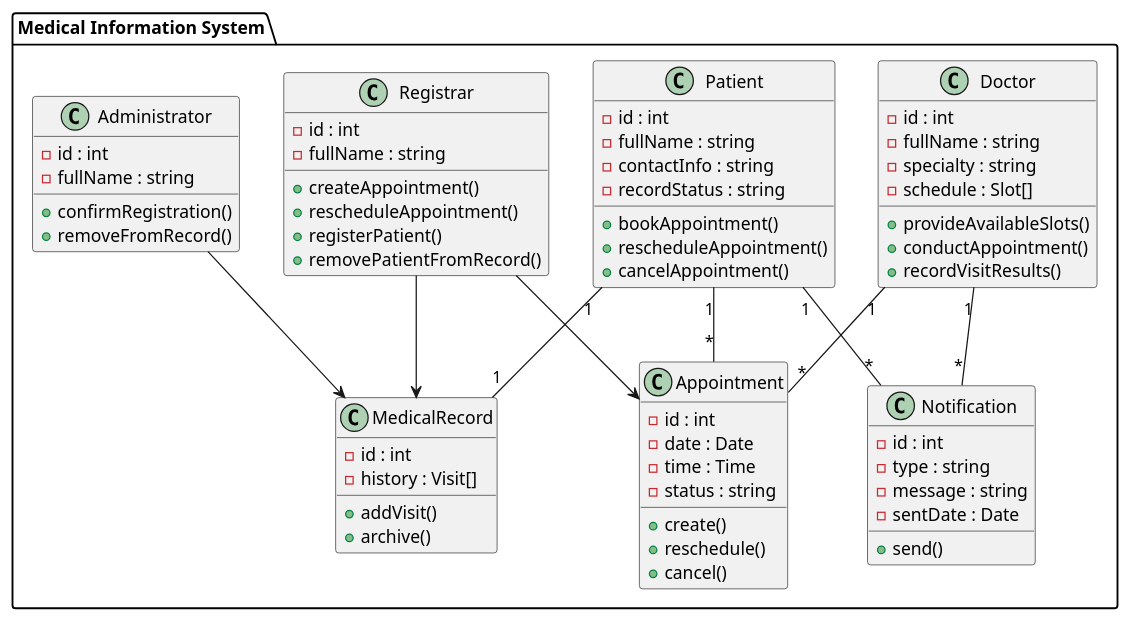
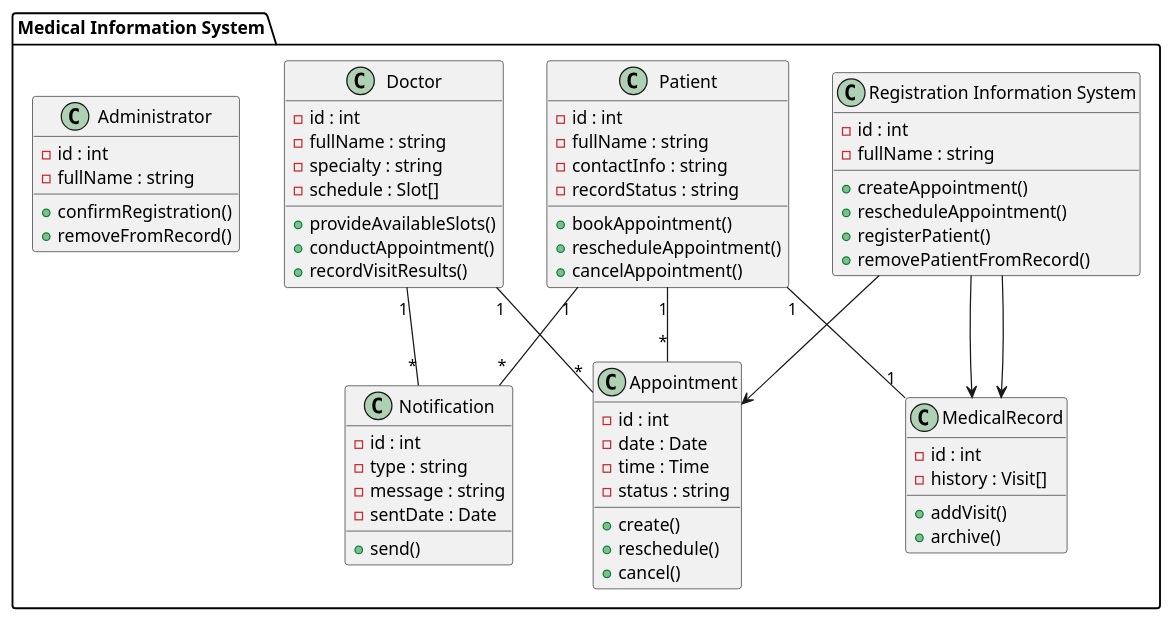
One commit to penamarth/bsbo-13-23_team3_var3_clinic changed the diagram in class_diagram.puml. Above: the diagram before and after it, drawn with PlantUML.

Commit message:
Update class_diagram.puml
Регистратор уволен...

```diff
--- a/class_diagram.puml
+++ b/class_diagram.puml
@@ -1,74 +1,74 @@
 @startuml class_diagram
 package "Medical Information System" {
 class Patient {
   - id : int
   - fullName : string
   - contactInfo : string
   - recordStatus : string
   + bookAppointment()
   + rescheduleAppointment()
   + cancelAppointment()
 }
 
-class Registrar {
+class "Registration Information System" {
   - id : int
   - fullName : string
   + createAppointment()
   + rescheduleAppointment()
   + registerPatient()
   + removePatientFromRecord()
 }
 
 class Doctor {
   - id : int
   - fullName : string
   - specialty : string
   - schedule : Slot[]
   + provideAvailableSlots()
   + conductAppointment()
   + recordVisitResults()
 }
 
 class Administrator {
   - id : int
   - fullName : string
   + confirmRegistration()
   + removeFromRecord()
 }
 
 class Appointment {
   - id : int
   - date : Date
   - time : Time
   - status : string
   + create()
   + reschedule()
   + cancel()
 }
 
 class MedicalRecord {
   - id : int
   - history : Visit[]
   + addVisit()
   + archive()
 }
 
 class Notification {
   - id : int
   - type : string
   - message : string
   - sentDate : Date
   + send()
 }
 
 Patient "1" -- "1" MedicalRecord
 Patient "1" -- "*" Appointment
 Doctor "1" -- "*" Appointment
 Patient "1" -- "*" Notification
 Doctor "1" -- "*" Notification
 
-Registrar --> Appointment
-Registrar --> MedicalRecord
-Administrator --> MedicalRecord
+"Registration Information System" --> Appointment
+"Registration Information System" --> MedicalRecord
+"Registration Information System" --> MedicalRecord
 }
 @enduml
```
